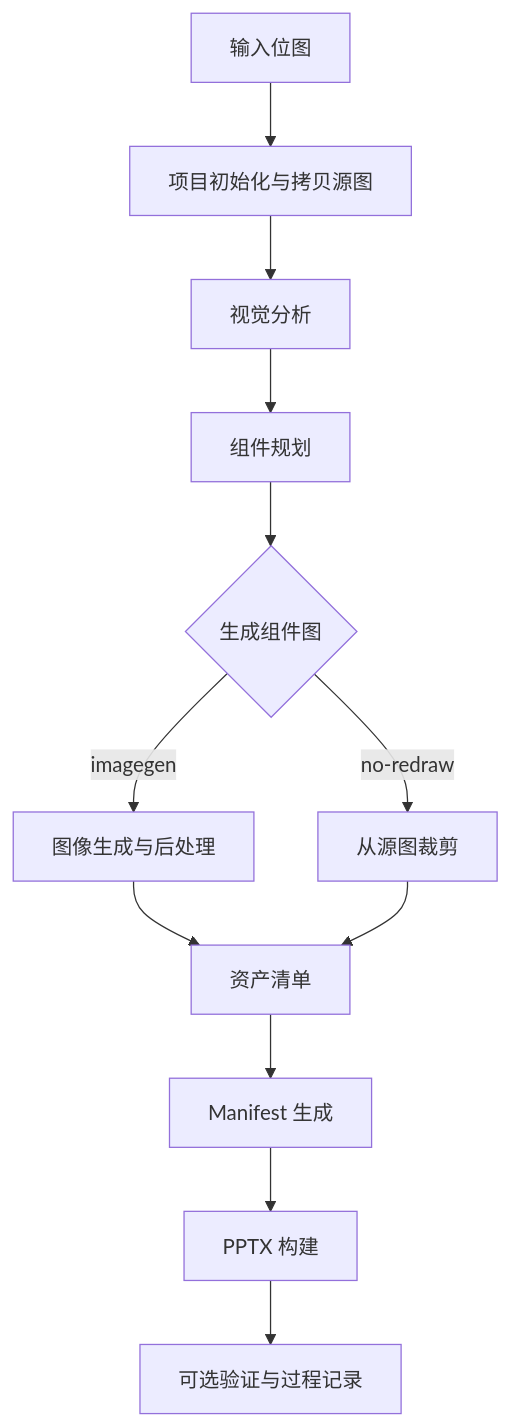
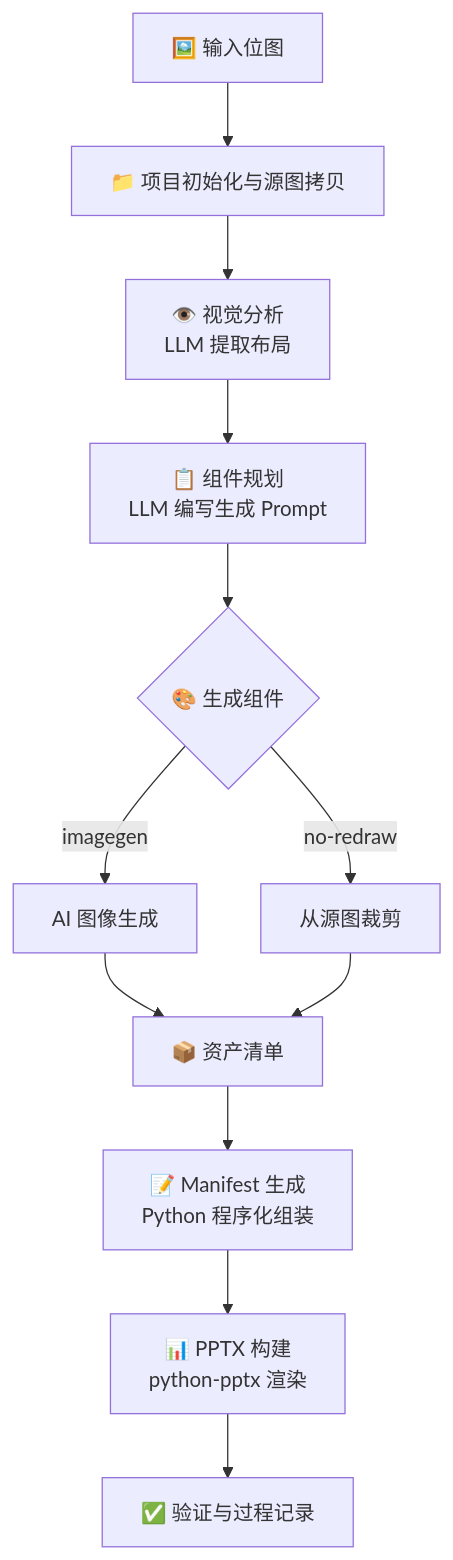
Before and after one commit to scutfresh/image2ppt_python: the diagram in README.md, drawn with Mermaid. The commit also changed other lines of this file and 773 other files, not shown here.

````diff
--- a/README.md
+++ b/README.md
@@ -48,14 +173,14 @@
 ```mermaid
 flowchart TD
-  A[输入位图] --> B[项目初始化与拷贝源图]
-  B --> C[视觉分析]
-  C --> D[组件规划]
-  D --> E{生成组件图}
-  E -->|imagegen| F[图像生成与后处理]
-  E -->|no-redraw| G[从源图裁剪]
-  F --> H[资产清单]
-  G --> H[资产清单]
-  H --> I[Manifest 生成]
-  I --> J[PPTX 构建]
-  J --> K[可选验证与过程记录]
+    A[🖼️ 输入位图] --> B[📁 项目初始化与源图拷贝]
+    B --> C[👁️ 视觉分析<br/>LLM 提取布局]
+    C --> D[📋 组件规划<br/>LLM 编写生成 Prompt]
+    D --> E{🎨 生成组件}
+    E -->|imagegen| F[AI 图像生成]
+    E -->|no-redraw| G[从源图裁剪]
+    F --> H[📦 资产清单]
+    G --> H
+    H --> I[📝 Manifest 生成<br/>Python 程序化组装]
+    I --> J[📊 PPTX 构建<br/>python-pptx 渲染]
+    J --> K[✅ 验证与过程记录]
 ```
````
